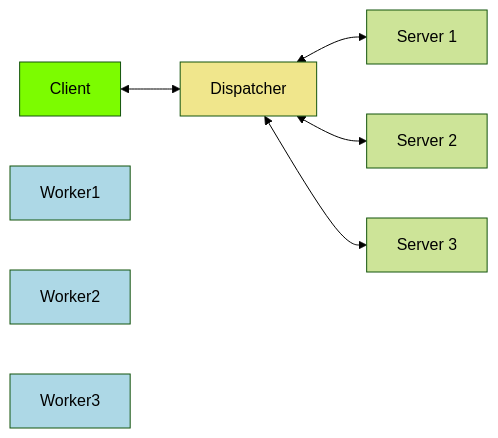
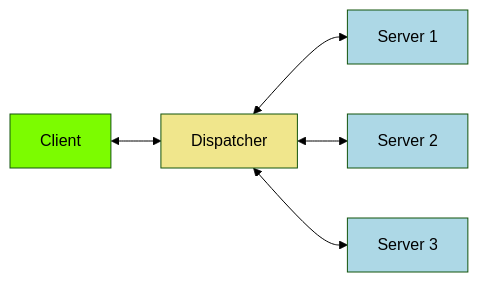
Before and after one commit to phucnguyen81/system-design-primer: the first of 2 diagrams in pages/load-balancer.md, drawn with Mermaid (forest theme). The commit also changed other lines of this file and 3 other files, not shown here.

````diff
--- a/pages/load-balancer.md
+++ b/pages/load-balancer.md
@@ -9,12 +10,12 @@
 ```mermaid!
 graph LR
   Client <--> Dispatcher
   Dispatcher <--> Server1[Server 1]
   Dispatcher <--> Server2[Server 2]
   Dispatcher <--> Server3[Server 3]
   style Client fill:LawnGreen
   style Dispatcher fill:Khaki
-  style Worker1 fill:LightBlue
-  style Worker2 fill:LightBlue
-  style Worker3 fill:LightBlue
+  style Server1 fill:LightBlue
+  style Server2 fill:LightBlue
+  style Server3 fill:LightBlue
 ```
````
